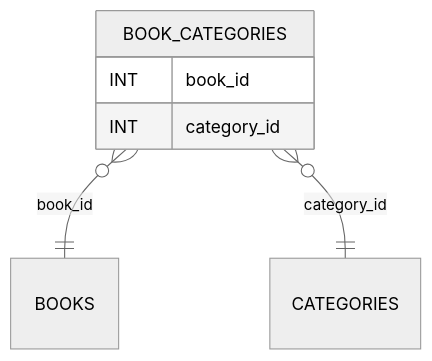
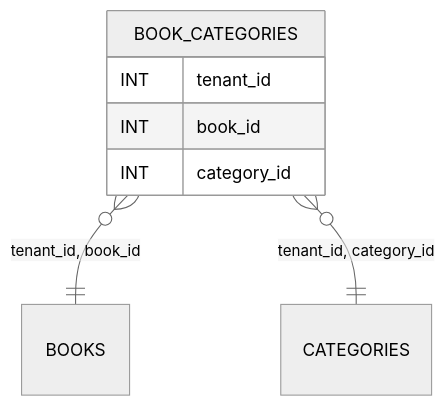
One commit to blackcatdatabase/table-book-categories changed the diagram in README.md. Above: the diagram before and after it, drawn with Mermaid (neutral theme). The commit also changed other lines of this file and 21 other files, not shown here.

Commit message:
regen schema (#1)

````diff
--- a/README.md
+++ b/README.md
@@ -49,9 +53,10 @@
 ```mermaid
 erDiagram
   BOOK_CATEGORIES {
+    INT tenant_id
     INT book_id
     INT category_id
   }
-  BOOK_CATEGORIES }o--|| BOOKS : "book_id"
-  BOOK_CATEGORIES }o--|| CATEGORIES : "category_id"
+  BOOK_CATEGORIES }o--|| BOOKS : "tenant_id, book_id"
+  BOOK_CATEGORIES }o--|| CATEGORIES : "tenant_id, category_id"
 ```
````
